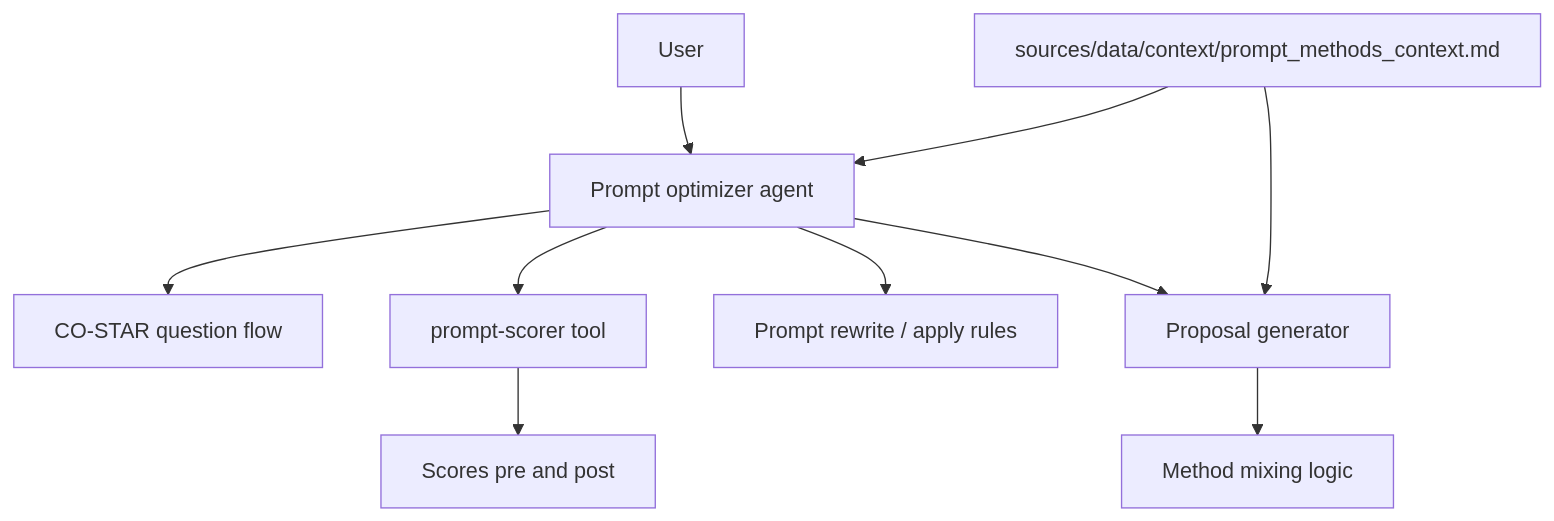
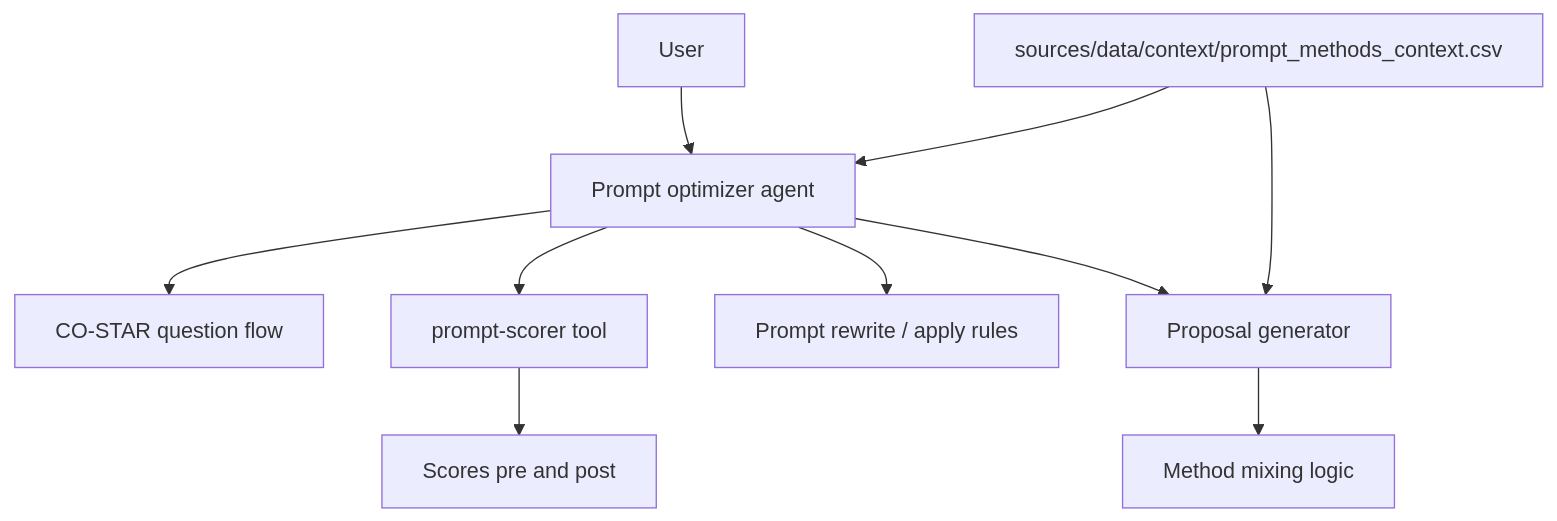
One commit to trummelbummel/promptymize changed the diagram in docs/ai/design/rendered/05-prompt-optimizer-agent.mmd. Above: the diagram before and after it, drawn with Mermaid. The commit also changed 40 other files, not shown here.

```diff
--- a/docs/ai/design/rendered/05-prompt-optimizer-agent.mmd
+++ b/docs/ai/design/rendered/05-prompt-optimizer-agent.mmd
@@ -1,11 +1,11 @@
 graph TD
   User[User] --> Agent[Prompt optimizer agent]
   Agent --> QA[CO-STAR question flow]
-  CtxFile[sources/data/context/prompt_methods_context.md]
+  CtxFile[sources/data/context/prompt_methods_context.csv]
   CtxFile --> Agent
   Agent --> Propose[Proposal generator]
   Propose --> Mix[Method mixing logic]
   Agent --> Apply[Prompt rewrite / apply rules]
   Agent --> Scorer[prompt-scorer tool]
   Scorer --> Scores[Scores pre and post]
   CtxFile --> Propose
```
